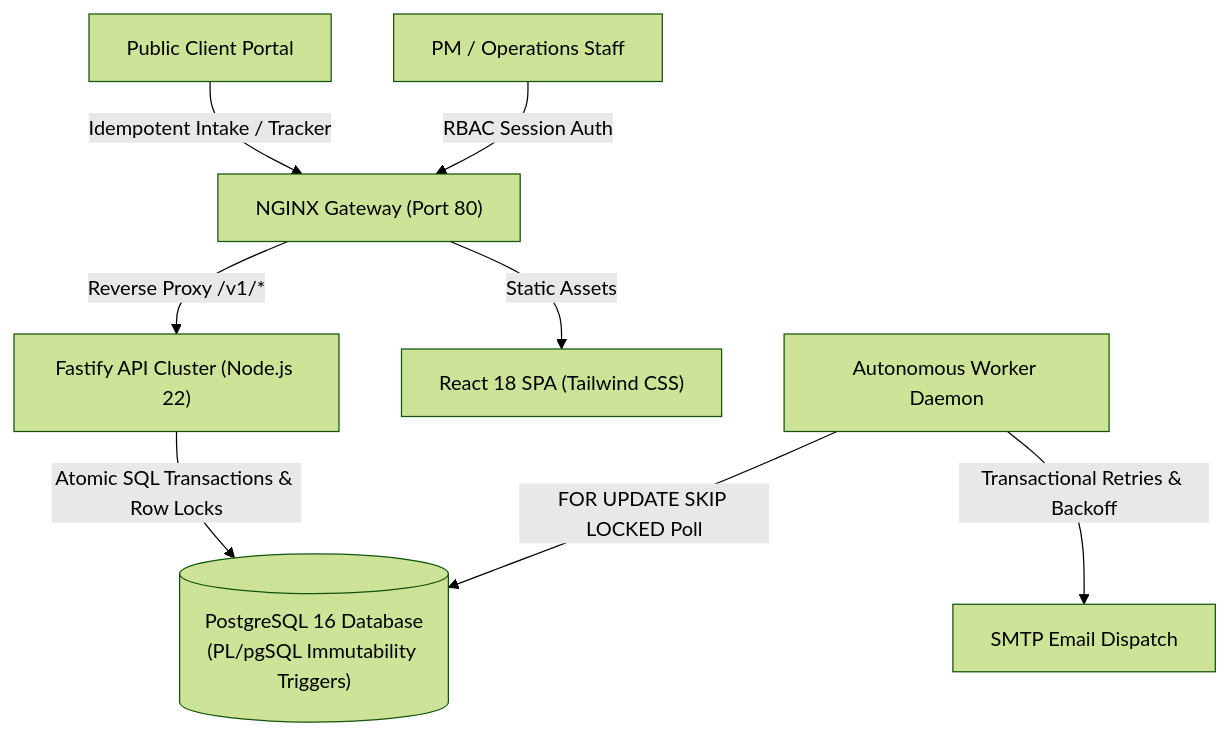
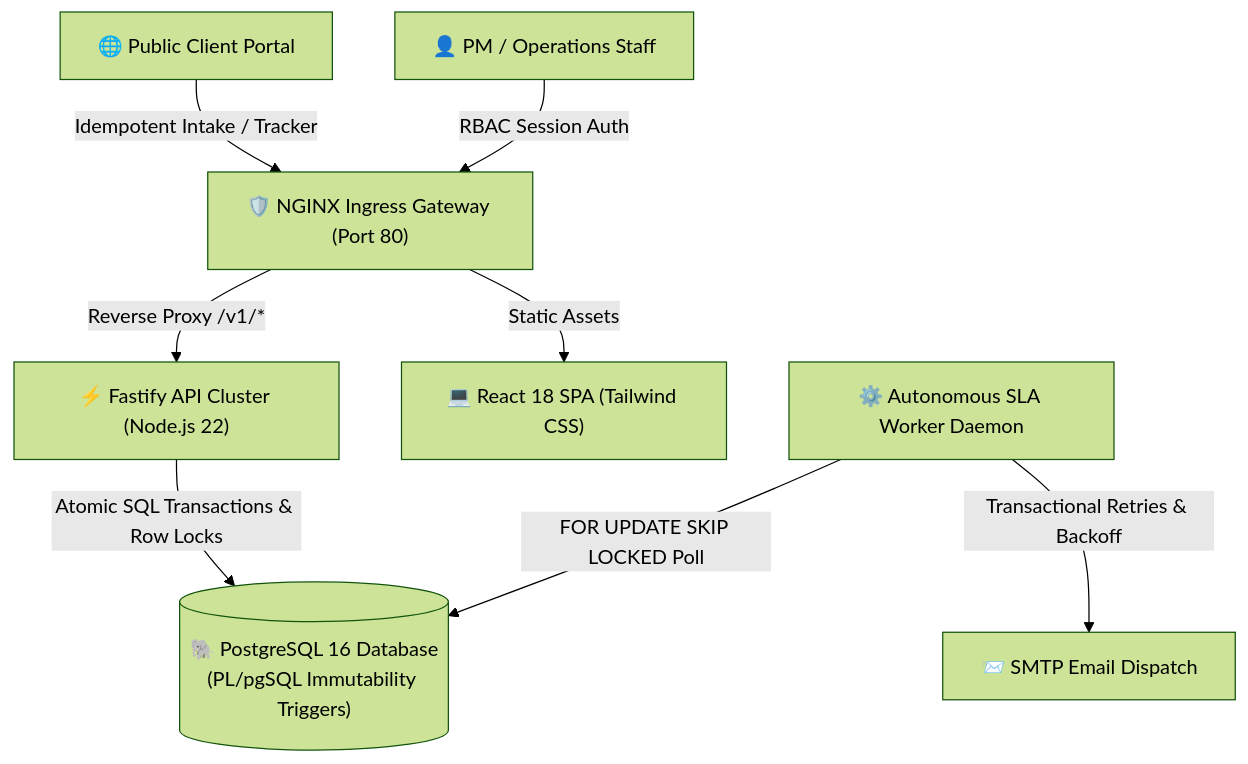
One commit to sudhir-kumar77/Ticket-Escalation-System changed the first of 2 diagrams in README.md. Above: the diagram before and after it, drawn with Mermaid (forest theme). The commit also changed other lines of this file, not shown here.

````diff
--- a/README.md
+++ b/README.md
@@ -36,13 +36,13 @@
 ```mermaid
 graph TD
-    Client["Public Client Portal"] -->|Idempotent Intake / Tracker| Nginx["NGINX Gateway (Port 80)"]
-    Staff["PM / Operations Staff"] -->|RBAC Session Auth| Nginx
+    Client["🌐 Public Client Portal"] -->|Idempotent Intake / Tracker| Nginx["🛡️ NGINX Ingress Gateway (Port 80)"]
+    Staff["👤 PM / Operations Staff"] -->|RBAC Session Auth| Nginx
     
-    Nginx -->|Reverse Proxy /v1/*| Fastify["Fastify API Cluster (Node.js 22)"]
-    Nginx -->|Static Assets| ReactSPA["React 18 SPA (Tailwind CSS)"]
+    Nginx -->|Reverse Proxy /v1/*| Fastify["⚡ Fastify API Cluster (Node.js 22)"]
+    Nginx -->|Static Assets| ReactSPA["💻 React 18 SPA (Tailwind CSS)"]
     
-    Fastify -->|Atomic SQL Transactions & Row Locks| Postgres[("PostgreSQL 16 Database\n(PL/pgSQL Immutability Triggers)")]
+    Fastify -->|Atomic SQL Transactions & Row Locks| Postgres[("🐘 PostgreSQL 16 Database\n(PL/pgSQL Immutability Triggers)")]
     
-    Worker["Autonomous Worker Daemon"] -->|FOR UPDATE SKIP LOCKED Poll| Postgres
-    Worker -->|Transactional Retries & Backoff| MailServer["SMTP Email Dispatch"]
+    Worker["⚙️ Autonomous SLA Worker Daemon"] -->|FOR UPDATE SKIP LOCKED Poll| Postgres
+    Worker -->|Transactional Retries & Backoff| MailServer["📨 SMTP Email Dispatch"]
 ```
````
